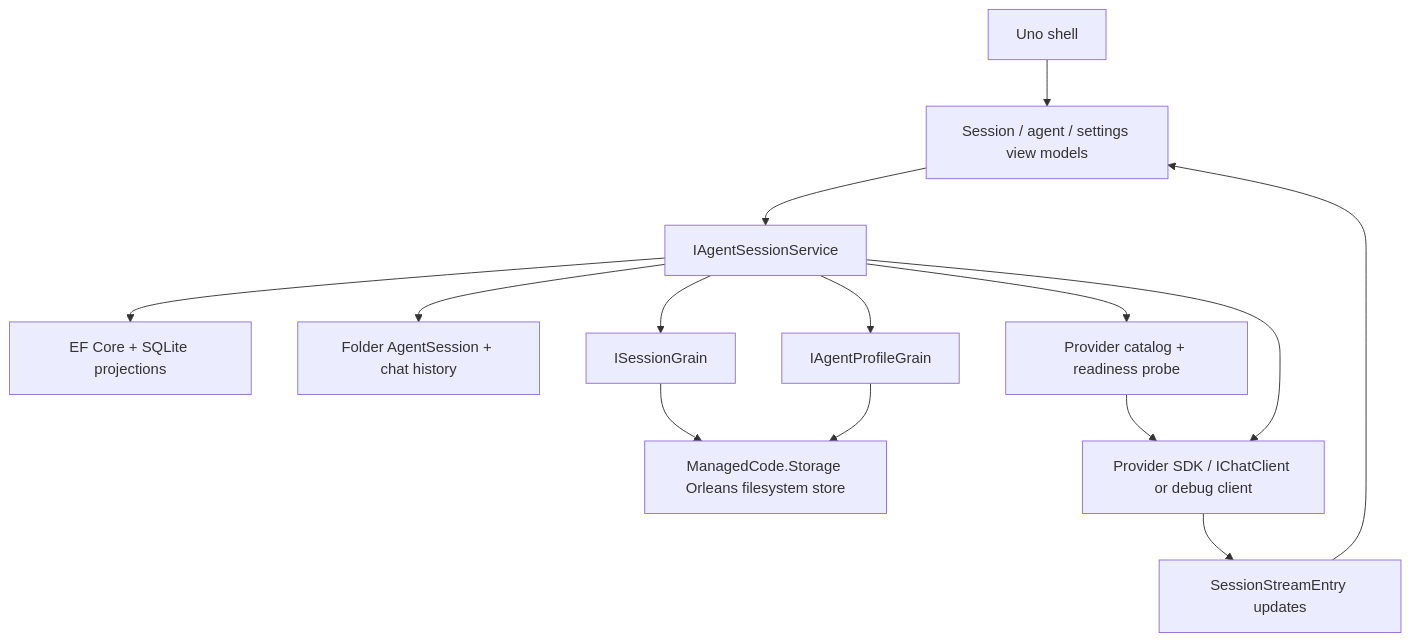
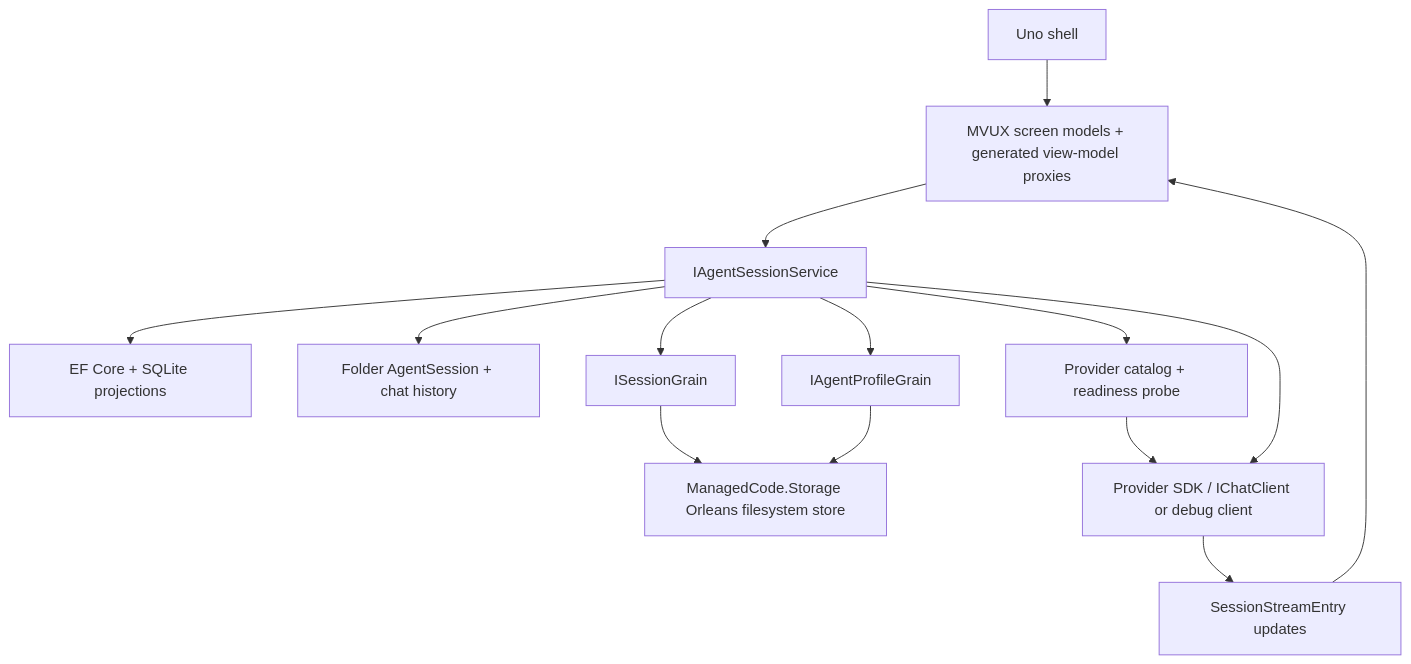
One commit to managedcode/dotPilot changed the third of 4 diagrams in docs/Architecture.md. Above: the diagram before and after it, drawn with Mermaid. The commit also changed other lines of this file and 31 other files, not shown here.

Commit message:
Refine MVUX screens and repair agent builder

````diff
--- a/docs/Architecture.md
+++ b/docs/Architecture.md
@@ -81,28 +81,28 @@
 ```mermaid
 flowchart TD
   Ui["Uno shell"]
-  ViewModels["Session / agent / settings view models"]
+  ViewModels["MVUX screen models + generated view-model proxies"]
   Service["IAgentSessionService"]
   ProjectionStore["EF Core + SQLite projections"]
   SessionStore["Folder AgentSession + chat history"]
   SessionGrain["ISessionGrain"]
   AgentGrain["IAgentProfileGrain"]
   GrainStore["ManagedCode.Storage Orleans filesystem store"]
   ProviderCatalog["Provider catalog + readiness probe"]
   ProviderClient["Provider SDK / IChatClient or debug client"]
   Stream["SessionStreamEntry updates"]
 
   Ui --> ViewModels
   ViewModels --> Service
   Service --> ProjectionStore
   Service --> SessionStore
   Service --> SessionGrain
   Service --> AgentGrain
   SessionGrain --> GrainStore
   AgentGrain --> GrainStore
   Service --> ProviderCatalog
   ProviderCatalog --> ProviderClient
   Service --> ProviderClient
   ProviderClient --> Stream
   Stream --> ViewModels
 ```
````
